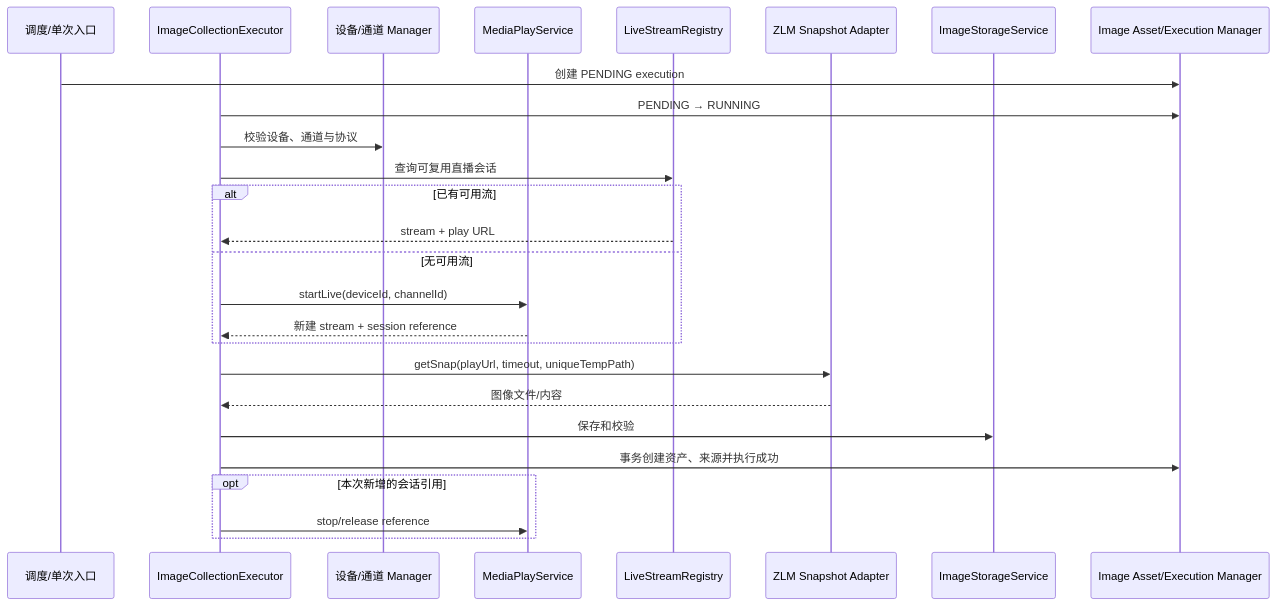
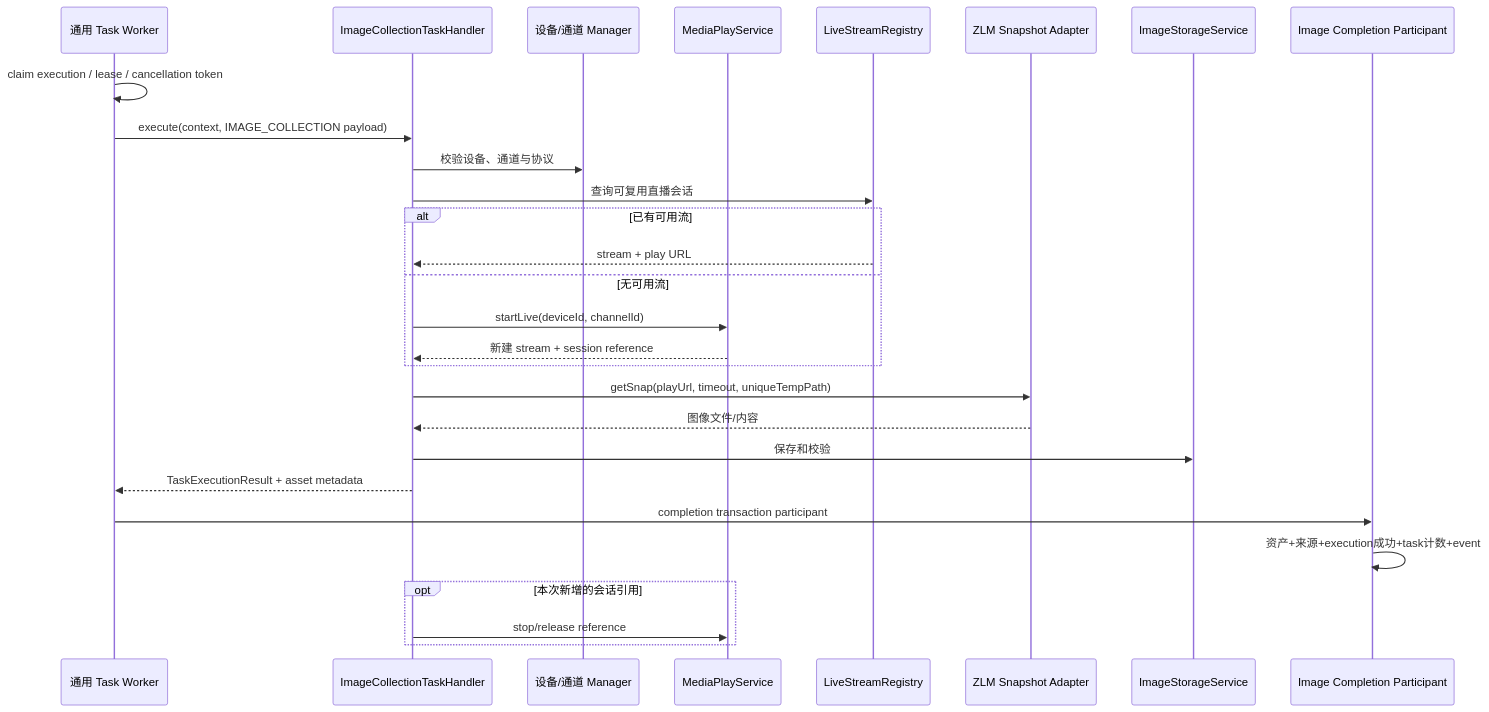
The fifth of 5 diagrams in docs/2026-07-14-voglander-image-asset-collection-design.md (lunasaw/voglander), drawn with Mermaid before and after one commit. The commit also changed other lines of this file and 16 other files, not shown here.

````diff
--- a/docs/2026-07-14-voglander-image-asset-collection-design.md
+++ b/docs/2026-07-14-voglander-image-asset-collection-design.md
@@ -698,29 +609,31 @@
 ```mermaid
 sequenceDiagram
-    participant SCH as 调度/单次入口
-    participant EXE as ImageCollectionExecutor
+    participant CORE as 通用 Task Worker
+    participant EXE as ImageCollectionTaskHandler
     participant DEV as 设备/通道 Manager
     participant LIVE as MediaPlayService
     participant REG as LiveStreamRegistry
     participant ZLM as ZLM Snapshot Adapter
     participant STORE as ImageStorageService
-    participant MAN as Image Asset/Execution Manager
+    participant MAN as Image Completion Participant
 
-    SCH->>MAN: 创建 PENDING execution
-    EXE->>MAN: PENDING → RUNNING
+    CORE->>CORE: claim execution / lease / cancellation token
+    CORE->>EXE: execute(context, IMAGE_COLLECTION payload)
     EXE->>DEV: 校验设备、通道与协议
     EXE->>REG: 查询可复用直播会话
     alt 已有可用流
         REG-->>EXE: stream + play URL
     else 无可用流
         EXE->>LIVE: startLive(deviceId, channelId)
         LIVE-->>EXE: 新建 stream + session reference
     end
     EXE->>ZLM: getSnap(playUrl, timeout, uniqueTempPath)
     ZLM-->>EXE: 图像文件/内容
     EXE->>STORE: 保存和校验
-    EXE->>MAN: 事务创建资产、来源并执行成功
+    EXE-->>CORE: TaskExecutionResult + asset metadata
+    CORE->>MAN: completion transaction participant
+    MAN->>MAN: 资产+来源+execution成功+task计数+event
     opt 本次新增的会话引用
         EXE->>LIVE: stop/release reference
     end
 ```
````
